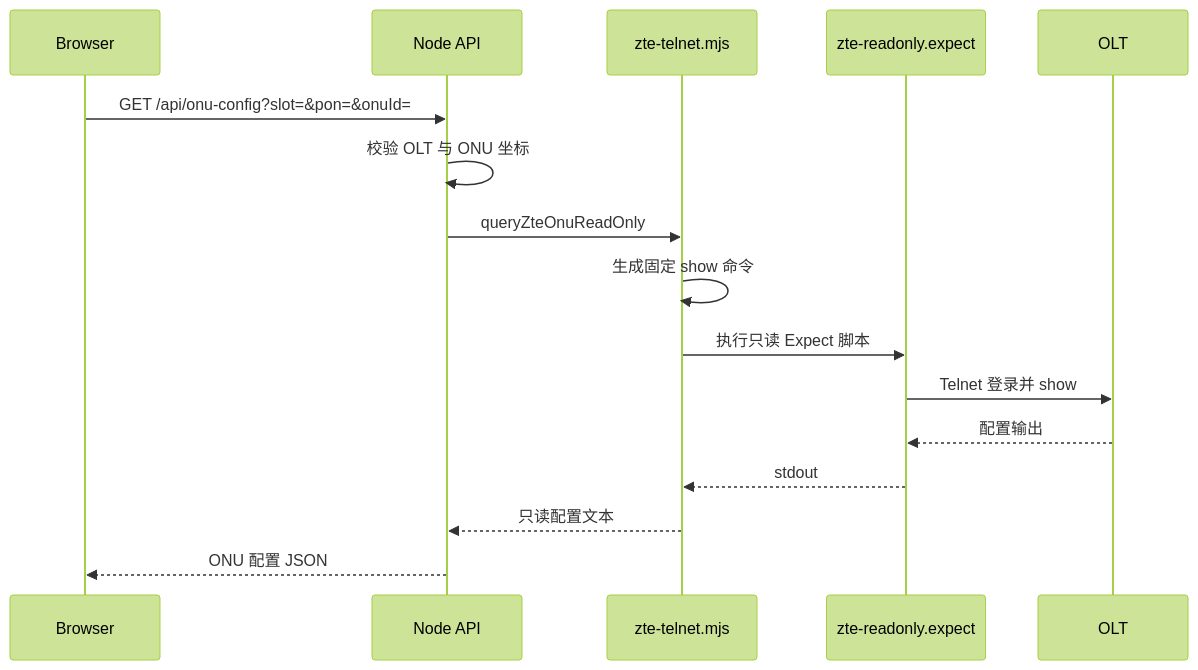
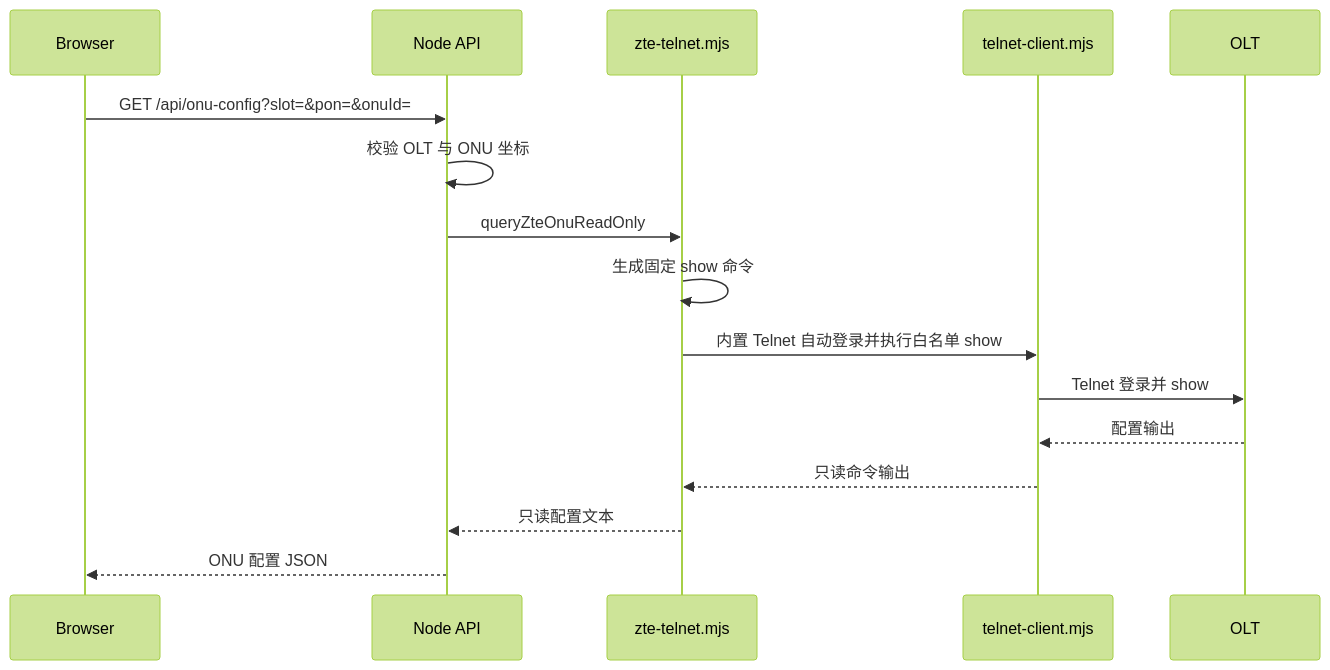
The fourth of 7 diagrams in docs/design/sequence.md (landvd/OLT-Manager), drawn with Mermaid (forest theme) before and after one commit. The commit also changed other lines of this file and 32 other files, not shown here.

````diff
--- a/docs/design/sequence.md
+++ b/docs/design/sequence.md
@@ -68,19 +70,19 @@
 ```mermaid
 sequenceDiagram
   participant Browser as Browser
   participant API as Node API
   participant Adapter as zte-telnet.mjs
-  participant Expect as zte-readonly.expect
+  participant Telnet as telnet-client.mjs
   participant OLT as OLT
 
   Browser->>API: GET /api/onu-config?slot=&pon=&onuId=
   API->>API: 校验 OLT 与 ONU 坐标
   API->>Adapter: queryZteOnuReadOnly
   Adapter->>Adapter: 生成固定 show 命令
-  Adapter->>Expect: 执行只读 Expect 脚本
-  Expect->>OLT: Telnet 登录并 show
-  OLT-->>Expect: 配置输出
-  Expect-->>Adapter: stdout
+  Adapter->>Telnet: 内置 Telnet 自动登录并执行白名单 show
+  Telnet->>OLT: Telnet 登录并 show
+  OLT-->>Telnet: 配置输出
+  Telnet-->>Adapter: 只读命令输出
   Adapter-->>API: 只读配置文本
   API-->>Browser: ONU 配置 JSON
 ```
````
